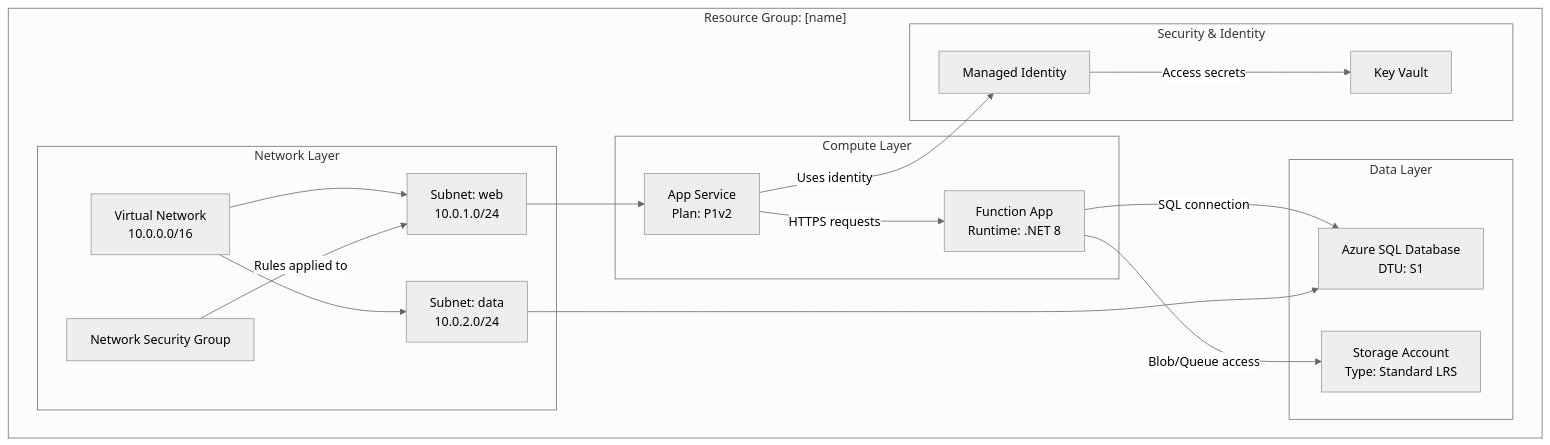
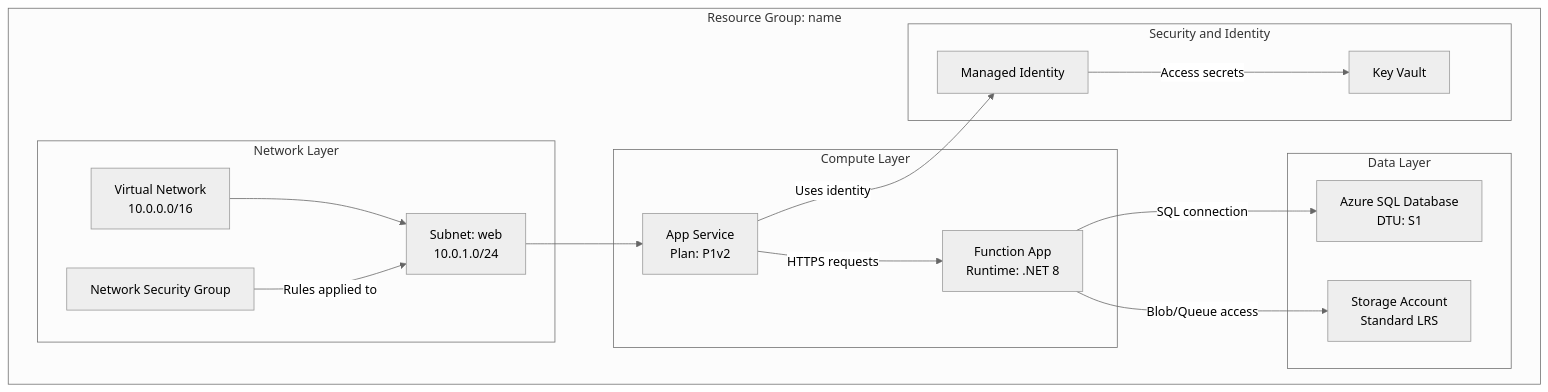
One commit to paulasilvatech/datacorp-mm-team-kit changed the diagram in .github/skills/azure-resource-visualizer/SKILL.md. Above: the diagram before and after it, drawn with Mermaid (neutral theme). The commit also changed other lines of this file and 67 other files, not shown here.

````diff
--- a/.github/skills/azure-resource-visualizer/SKILL.md
+++ b/.github/skills/azure-resource-visualizer/SKILL.md
@@ -58,39 +54,30 @@
 ```mermaid
 graph TB
-    %% Use subgraphs to group related resources
-    subgraph "Resource Group: [name]"
+    subgraph "Resource Group: name"
         subgraph "Network Layer"
             VNET[Virtual Network<br/>10.0.0.0/16]
             SUBNET1[Subnet: web<br/>10.0.1.0/24]
-            SUBNET2[Subnet: data<br/>10.0.2.0/24]
             NSG[Network Security Group]
         end
-        
         subgraph "Compute Layer"
             APP[App Service<br/>Plan: P1v2]
             FUNC[Function App<br/>Runtime: .NET 8]
         end
-        
         subgraph "Data Layer"
             SQL[Azure SQL Database<br/>DTU: S1]
-            STORAGE[Storage Account<br/>Type: Standard LRS]
+            STORAGE[Storage Account<br/>Standard LRS]
         end
-        
-        subgraph "Security & Identity"
+        subgraph "Security and Identity"
             KV[Key Vault]
             MI[Managed Identity]
         end
     end
-    
-    %% Define relationships with descriptive labels
     APP -->|"HTTPS requests"| FUNC
     FUNC -->|"SQL connection"| SQL
     FUNC -->|"Blob/Queue access"| STORAGE
     APP -->|"Uses identity"| MI
     MI -->|"Access secrets"| KV
     VNET --> SUBNET1
-    VNET --> SUBNET2
     SUBNET1 --> APP
-    SUBNET2 --> SQL
     NSG -->|"Rules applied to"| SUBNET1
 ```
````
